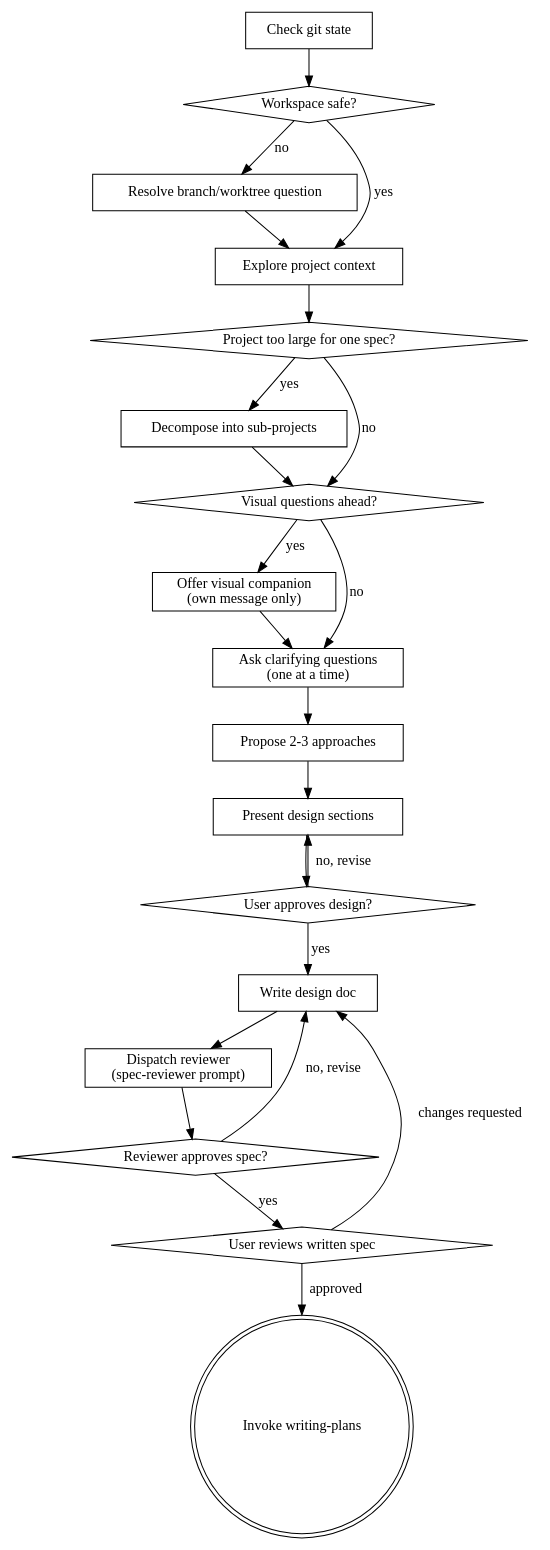
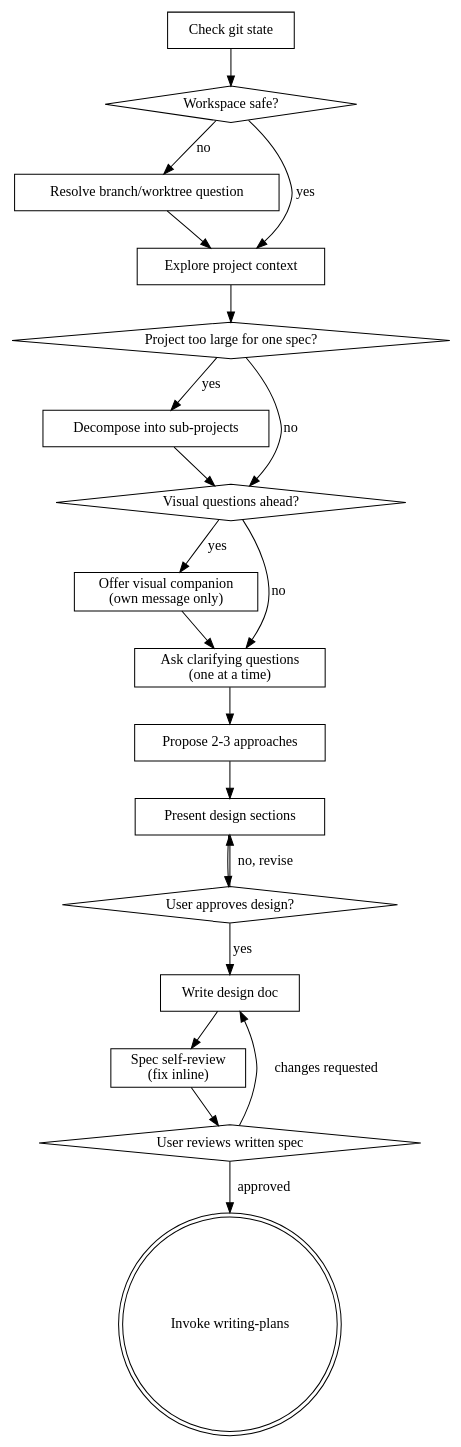
The diagram in skills/brainstorming/SKILL.md (tickideas/pi-superpowers-plus), drawn with Graphviz before and after one commit. The commit also changed other lines of this file and 5 other files, not shown here.

````diff
--- a/skills/brainstorming/SKILL.md
+++ b/skills/brainstorming/SKILL.md
@@ -64,47 +64,41 @@
 ```dot
 digraph brainstorming {
     "Check git state" [shape=box];
     "Workspace safe?" [shape=diamond];
     "Resolve branch/worktree question" [shape=box];
     "Explore project context" [shape=box];
     "Project too large for one spec?" [shape=diamond];
     "Decompose into sub-projects" [shape=box];
     "Visual questions ahead?" [shape=diamond];
     "Offer visual companion\n(own message only)" [shape=box];
     "Ask clarifying questions\n(one at a time)" [shape=box];
     "Propose 2-3 approaches" [shape=box];
     "Present design sections" [shape=box];
     "User approves design?" [shape=diamond];
     "Write design doc" [shape=box];
-    "Dispatch reviewer
-(spec-reviewer prompt)" [shape=box];
-    "Reviewer approves spec?" [shape=diamond];
+    "Spec self-review\n(fix inline)" [shape=box];
     "User reviews written spec" [shape=diamond];
     "Invoke writing-plans" [shape=doublecircle];
 
     "Check git state" -> "Workspace safe?";
     "Workspace safe?" -> "Resolve branch/worktree question" [label="no"];
     "Resolve branch/worktree question" -> "Explore project context";
     "Workspace safe?" -> "Explore project context" [label="yes"];
     "Explore project context" -> "Project too large for one spec?";
     "Project too large for one spec?" -> "Decompose into sub-projects" [label="yes"];
     "Decompose into sub-projects" -> "Visual questions ahead?";
     "Project too large for one spec?" -> "Visual questions ahead?" [label="no"];
     "Visual questions ahead?" -> "Offer visual companion\n(own message only)" [label="yes"];
     "Visual questions ahead?" -> "Ask clarifying questions\n(one at a time)" [label="no"];
     "Offer visual companion\n(own message only)" -> "Ask clarifying questions\n(one at a time)";
     "Ask clarifying questions\n(one at a time)" -> "Propose 2-3 approaches";
     "Propose 2-3 approaches" -> "Present design sections";
     "Present design sections" -> "User approves design?";
     "User approves design?" -> "Present design sections" [label="no, revise"];
     "User approves design?" -> "Write design doc" [label="yes"];
-    "Write design doc" -> "Dispatch reviewer
-(spec-reviewer prompt)";
-    "Dispatch reviewer
-(spec-reviewer prompt)" -> "Reviewer approves spec?";
-    "Reviewer approves spec?" -> "Write design doc" [label="no, revise"];
-    "Reviewer approves spec?" -> "User reviews written spec" [label="yes"];
+    "Write design doc" -> "Spec self-review\n(fix inline)";
+    "Spec self-review\n(fix inline)" -> "User reviews written spec";
     "User reviews written spec" -> "Write design doc" [label="changes requested"];
     "User reviews written spec" -> "Invoke writing-plans" [label="approved"];
 }
 ```
````
